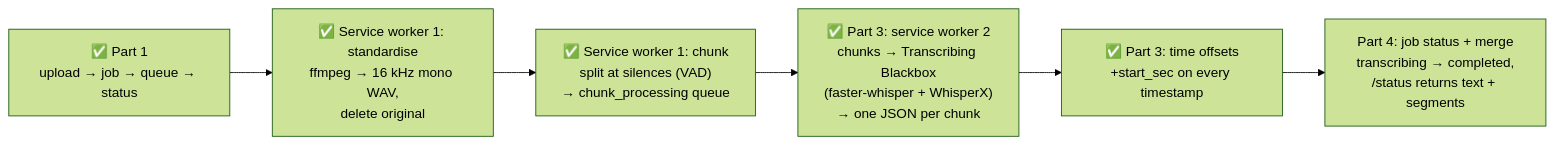
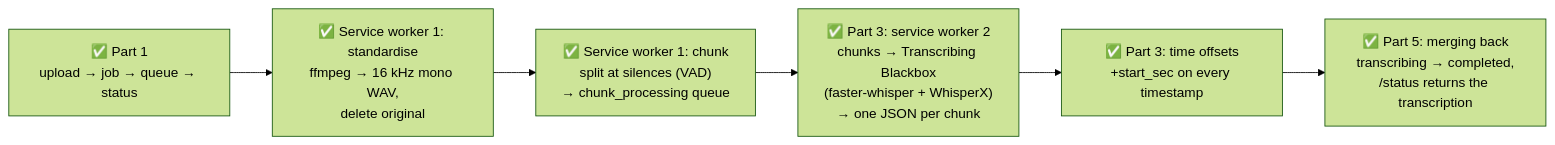
Before and after one commit to yahyalfc/audio-transcriptor: the ninth of 9 diagrams in README.md, drawn with Mermaid (forest theme). The commit also changed other lines of this file and 4 other files, not shown here.

````diff
--- a/README.md
+++ b/README.md
@@ -566,10 +605,10 @@
 ```mermaid
 flowchart LR
     P1["✅ Part 1<br/>upload → job → queue → status"]
     P2a["✅ Service worker 1: standardise<br/>ffmpeg → 16 kHz mono WAV,<br/>delete original"]
     P2["✅ Service worker 1: chunk<br/>split at silences (VAD)<br/>→ chunk_processing queue"]
     P3["✅ Part 3: service worker 2<br/>chunks → Transcribing Blackbox<br/>(faster-whisper + WhisperX)<br/>→ one JSON per chunk"]
     P3b["✅ Part 3: time offsets<br/>+start_sec on every timestamp"]
-    P4["Part 4: job status + merge<br/>transcribing → completed,<br/>/status returns text + segments"]
+    P4["✅ Part 5: merging back<br/>transcribing → completed,<br/>/status returns the transcription"]
     P1 --> P2a --> P2 --> P3 --> P3b --> P4
 ```
````
